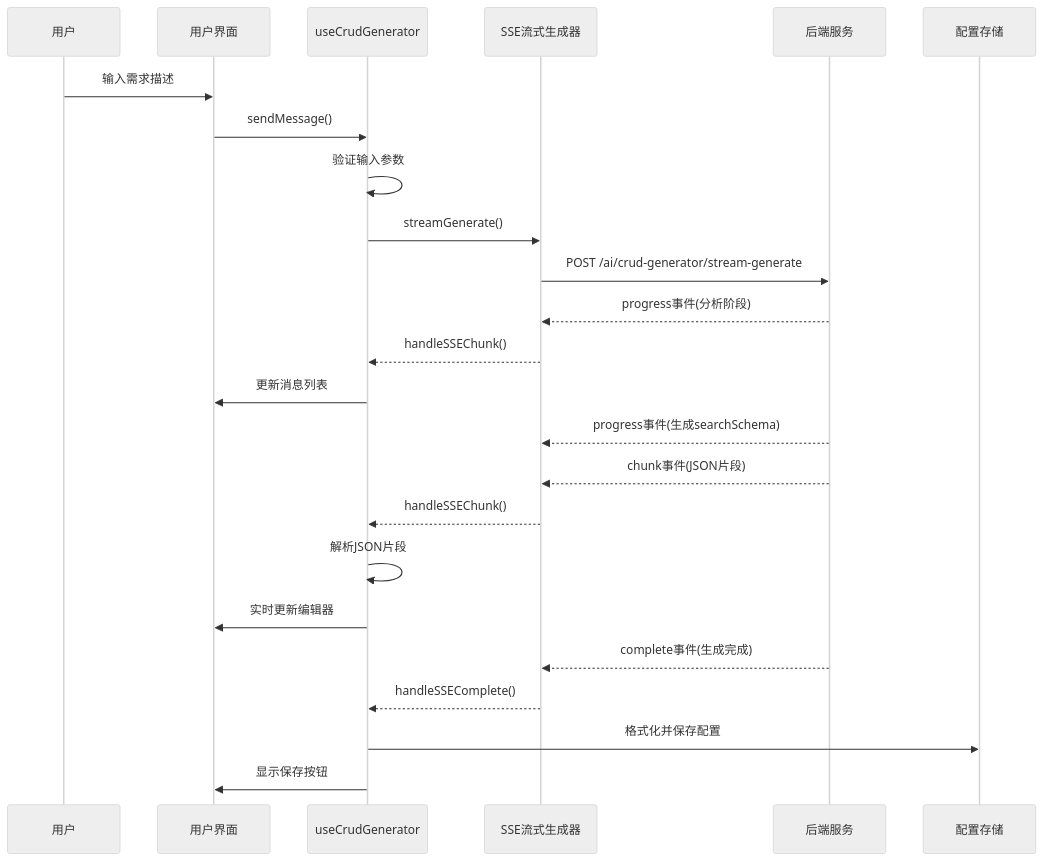
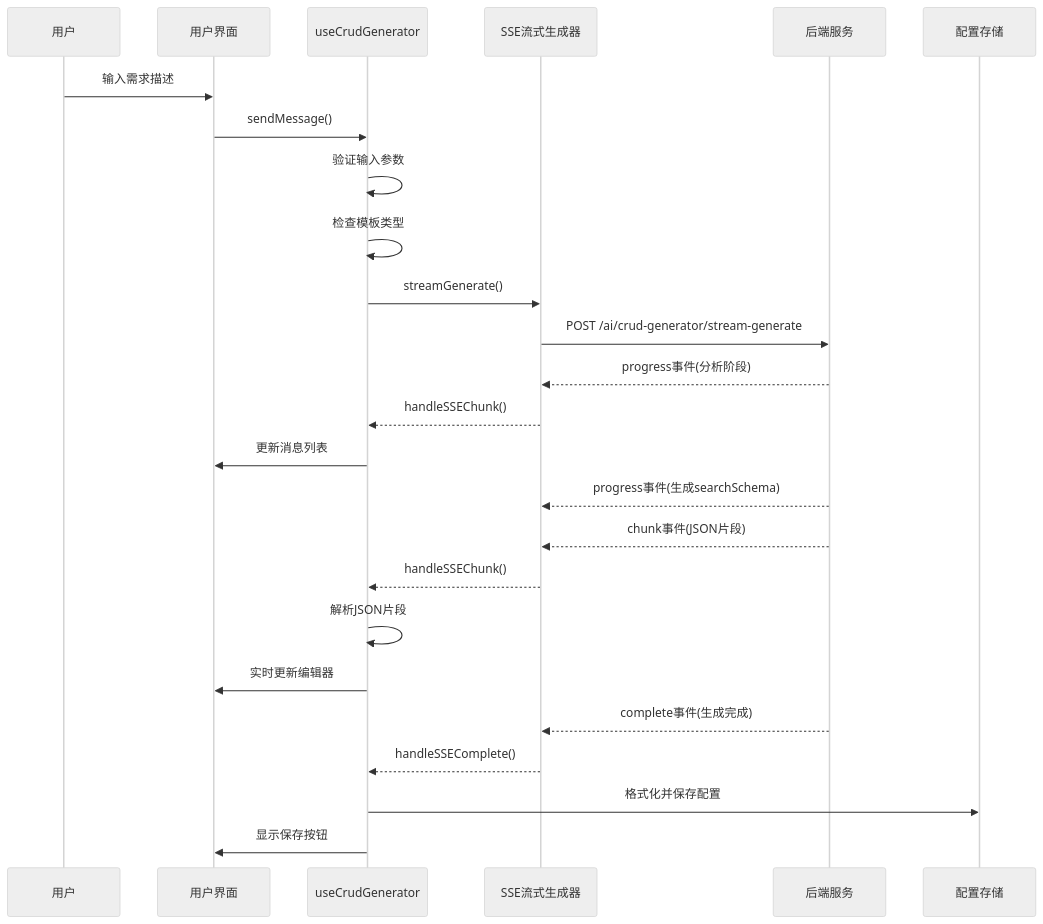
Before and after one commit to yaomindong1996/forge-admin: diagram 12 of 14 in .qoder/repowiki/zh/content/核心功能模块/AI CRUD生成器.md, drawn with Mermaid (neutral theme). The commit also changed other lines of this file and 7 other files, not shown here.

````diff
--- a/.qoder/repowiki/zh/content/核心功能模块/AI CRUD生成器.md
+++ b/.qoder/repowiki/zh/content/核心功能模块/AI CRUD生成器.md
@@ -304,26 +486,27 @@
 ```mermaid
 sequenceDiagram
 participant User as 用户
 participant UI as 用户界面
 participant Composable as useCrudGenerator
 participant SSE as SSE流式生成器
 participant Backend as 后端服务
 participant Storage as 配置存储
 User->>UI : 输入需求描述
 UI->>Composable : sendMessage()
 Composable->>Composable : 验证输入参数
+Composable->>Composable : 检查模板类型
 Composable->>SSE : streamGenerate()
 SSE->>Backend : POST /ai/crud-generator/stream-generate
 Backend-->>SSE : progress事件(分析阶段)
 SSE-->>Composable : handleSSEChunk()
 Composable->>UI : 更新消息列表
 Backend-->>SSE : progress事件(生成searchSchema)
 Backend-->>SSE : chunk事件(JSON片段)
 SSE-->>Composable : handleSSEChunk()
 Composable->>Composable : 解析JSON片段
 Composable->>UI : 实时更新编辑器
 Backend-->>SSE : complete事件(生成完成)
 SSE-->>Composable : handleSSEComplete()
 Composable->>Storage : 格式化并保存配置
 Composable->>UI : 显示保存按钮
 ```
````
